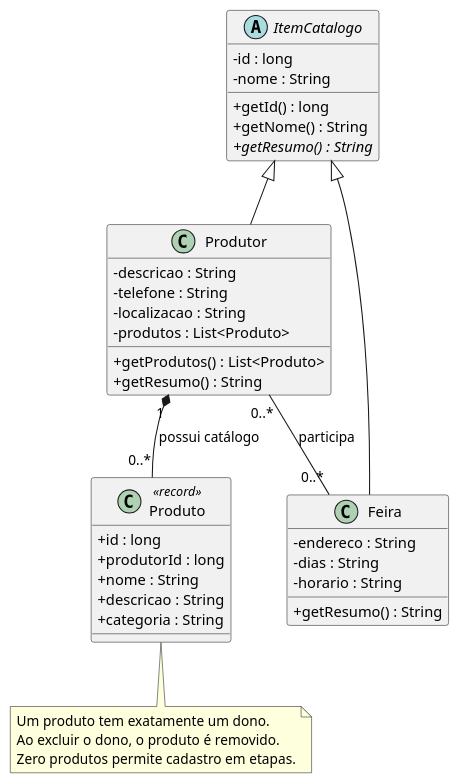
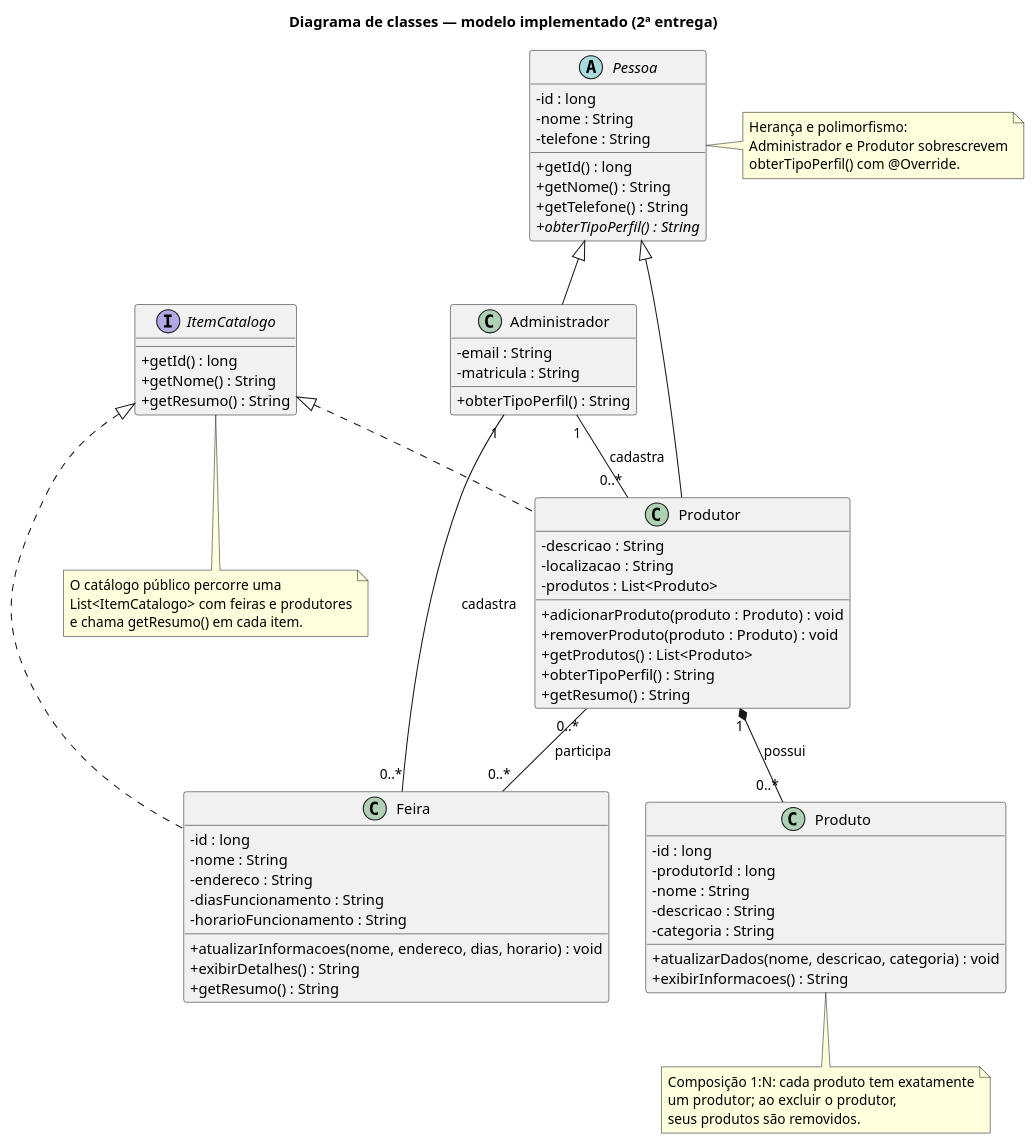
Before and after one commit to KKojiio/raizes-da-terra: the diagram in docs/diagramas/Classes.puml, drawn with PlantUML. The commit also changed 2 other files, not shown here.

Commit message:
docs: atualiza diagramas para o modelo implementado
- Classes: Pessoa abstrata com Administrador e Produtor, interface
  ItemCatalogo, Feira e Produto com os métodos do diagrama entregue
- DER: tabelas usuario e administrador
- Arquitetura: UsuarioRepository no login e allowmixing, que faltava
  para o PlantUML aceitar atores junto com classes

```diff
--- a/docs/diagramas/Classes.puml
+++ b/docs/diagramas/Classes.puml
@@ -1,40 +1,83 @@
 @startuml
+title Diagrama de classes — modelo implementado (2ª entrega)
 skinparam classAttributeIconSize 0
-abstract class ItemCatalogo {
+
+abstract class Pessoa {
   - id : long
   - nome : String
+  - telefone : String
   + getId() : long
   + getNome() : String
-  {abstract} + getResumo() : String
+  + getTelefone() : String
+  {abstract} + obterTipoPerfil() : String
 }
+
+interface ItemCatalogo {
+  + getId() : long
+  + getNome() : String
+  + getResumo() : String
+}
+
+class Administrador {
+  - email : String
+  - matricula : String
+  + obterTipoPerfil() : String
+}
+
 class Produtor {
   - descricao : String
-  - telefone : String
   - localizacao : String
   - produtos : List<Produto>
+  + adicionarProduto(produto : Produto) : void
+  + removerProduto(produto : Produto) : void
   + getProdutos() : List<Produto>
+  + obterTipoPerfil() : String
   + getResumo() : String
 }
+
 class Feira {
+  - id : long
+  - nome : String
   - endereco : String
-  - dias : String
-  - horario : String
+  - diasFuncionamento : String
+  - horarioFuncionamento : String
+  + atualizarInformacoes(nome, endereco, dias, horario) : void
+  + exibirDetalhes() : String
   + getResumo() : String
 }
-class Produto <<record>> {
-  + id : long
-  + produtorId : long
-  + nome : String
-  + descricao : String
-  + categoria : String
+
+class Produto {
+  - id : long
+  - produtorId : long
+  - nome : String
+  - descricao : String
+  - categoria : String
+  + atualizarDados(nome, descricao, categoria) : void
+  + exibirInformacoes() : String
 }
-ItemCatalogo <|-- Produtor
-ItemCatalogo <|-- Feira
-Produtor "1" *-- "0..*" Produto : possui catálogo
+
+Pessoa <|-- Administrador
+Pessoa <|-- Produtor
+ItemCatalogo <|.. Produtor
+ItemCatalogo <|.. Feira
+Produtor "1" *-- "0..*" Produto : possui
 Produtor "0..*" -- "0..*" Feira : participa
+Administrador "1" -- "0..*" Produtor : cadastra
+Administrador "1" -- "0..*" Feira : cadastra
+
+note right of Pessoa
+Herança e polimorfismo:
+Administrador e Produtor sobrescrevem
+obterTipoPerfil() com @Override.
+end note
+note bottom of ItemCatalogo
+O catálogo público percorre uma
+List<ItemCatalogo> com feiras e produtores
+e chama getResumo() em cada item.
+end note
 note bottom of Produto
-Um produto tem exatamente um dono.
-Ao excluir o dono, o produto é removido.
-Zero produtos permite cadastro em etapas.
+Composição 1:N: cada produto tem exatamente
+um produtor; ao excluir o produtor,
+seus produtos são removidos.
 end note
 @enduml
```
